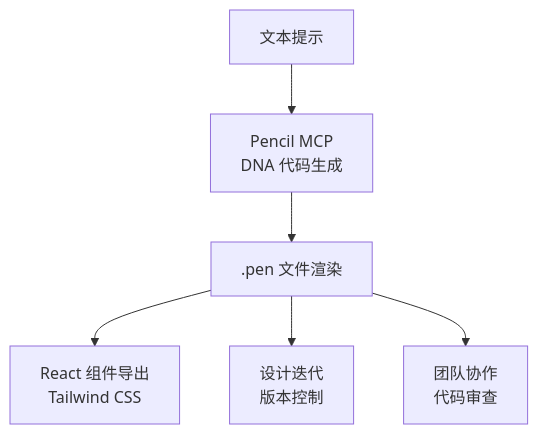
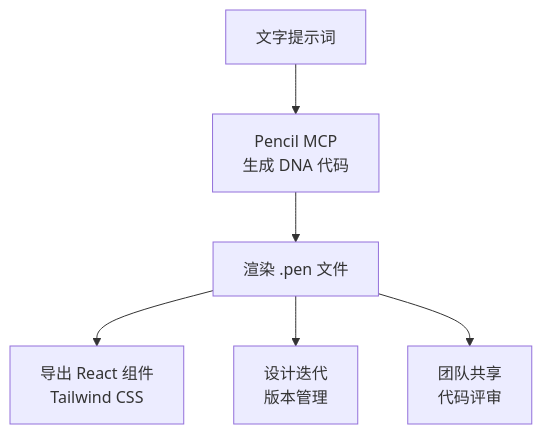
The first of 4 diagrams in docs-site/content/zh/advanced/pencil-guide.md (modu-ai/moai-adk), drawn with Mermaid before and after one commit. The commit also changed other lines of this file and 395 other files, not shown here.

````diff
--- a/docs-site/content/zh/advanced/pencil-guide.md
+++ b/docs-site/content/zh/advanced/pencil-guide.md
@@ -17,8 +17,8 @@
 ```mermaid
 flowchart TD
-    A["文本提示"] --> B["Pencil MCP<br>DNA 代码生成"]
-    B --> C[".pen 文件渲染"]
-    C --> D["React 组件导出<br>Tailwind CSS"]
-    C --> E["设计迭代<br>版本控制"]
-    C --> F["团队协作<br>代码审查"]
+    A["文字提示词"] --> B["Pencil MCP<br>生成 DNA 代码"]
+    B --> C["渲染 .pen 文件"]
+    C --> D["导出 React 组件<br>Tailwind CSS"]
+    C --> E["设计迭代<br>版本管理"]
+    C --> F["团队共享<br>代码评审"]
 ```
````
